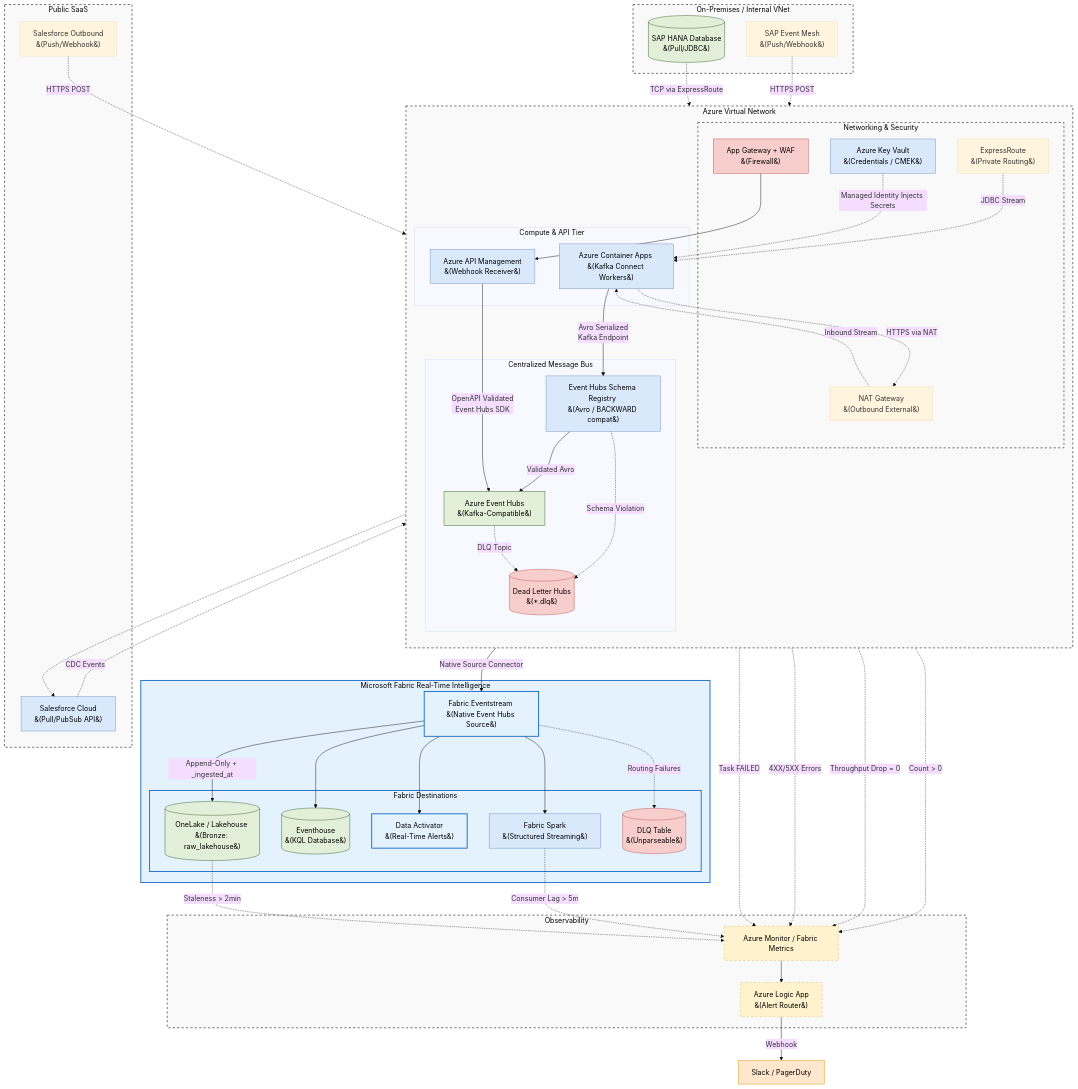
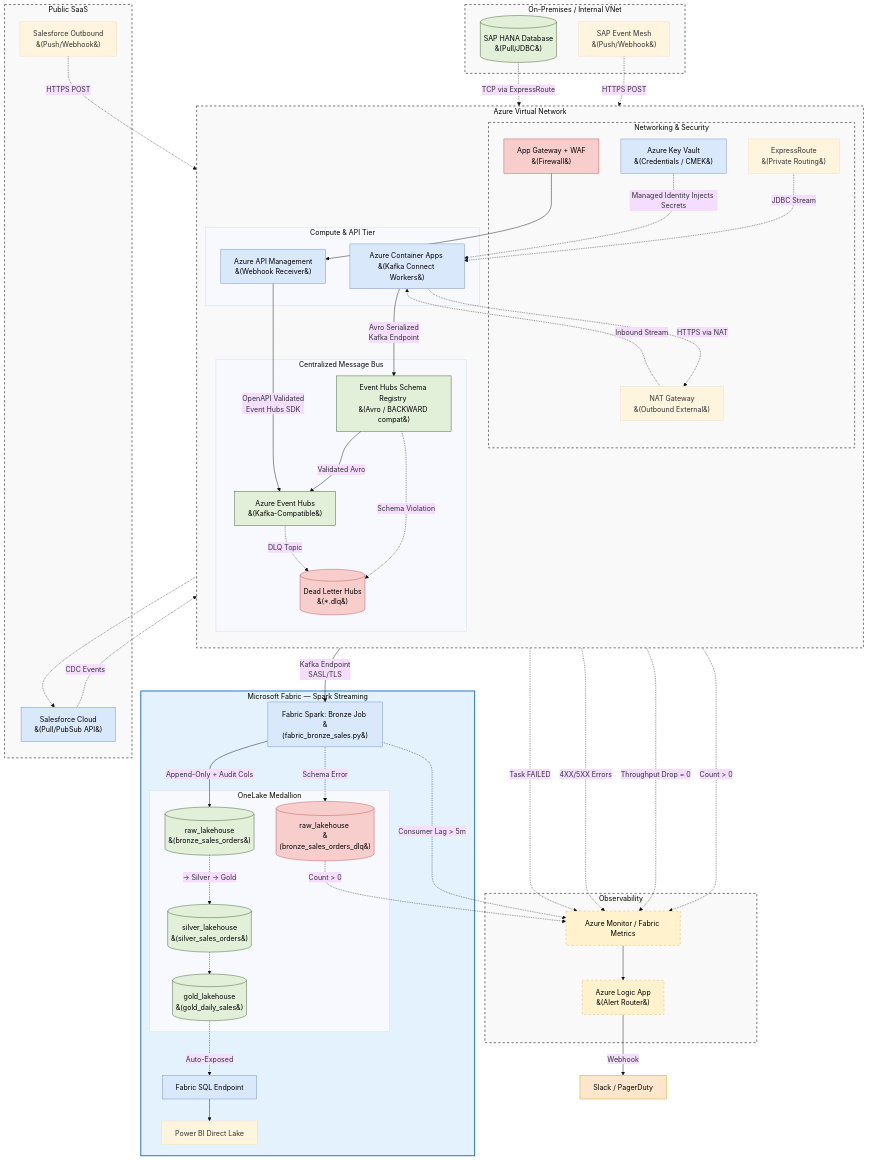
The diagram in azure/fabric_unified_realtime_ingestion_architecture.md (toanbui626391/data_architect), drawn with Mermaid (base theme) before and after one commit. The commit also changed other lines of this file and 1 other file, not shown here.

````diff
--- a/azure/fabric_unified_realtime_ingestion_architecture.md
+++ b/azure/fabric_unified_realtime_ingestion_architecture.md
@@ -60,17 +59,19 @@
         end
     end
 
-    %% Microsoft Fabric
-    subgraph Fabric [Microsoft Fabric Real-Time Intelligence]
-        Eventstream["Fabric Eventstream <br>&#40;Native Event Hubs Source&#41;"]
+    %% Microsoft Fabric — Spark Streaming Only
+    subgraph Fabric [Microsoft Fabric — Spark Streaming]
+        BronzeJob["Fabric Spark: Bronze Job <br>&#40;fabric_bronze_sales.py&#41;"]
 
-        subgraph Destinations [Fabric Destinations]
-            Eventhouse[("Eventhouse <br>&#40;KQL Database&#41;")]
-            Lakehouse[("OneLake / Lakehouse <br>&#40;Bronze: raw_lakehouse&#41;")]
-            DataActivator["Data Activator <br>&#40;Real-Time Alerts&#41;"]
-            FabricSpark["Fabric Spark <br>&#40;Structured Streaming&#41;"]
-            DLQTable[("DLQ Table <br>&#40;Unparseable&#41;")]
+        subgraph OneLake [OneLake Medallion]
+            Bronze[("raw_lakehouse <br>&#40;bronze_sales_orders&#41;")]
+            BronzeDLQ[("raw_lakehouse <br>&#40;bronze_sales_orders_dlq&#41;")]
+            Silver[("silver_lakehouse <br>&#40;silver_sales_orders&#41;")]
+            Gold[("gold_lakehouse <br>&#40;gold_daily_sales&#41;")]
         end
+
+        SQLEndpoint["Fabric SQL Endpoint"]
+        PowerBI["Power BI Direct Lake"]
     end
 
     %% Observability
@@ -81,7 +82,7 @@
 
     Notification["Slack / PagerDuty"]
 
-    %% Pull Flow: ACA → Event Hubs
+    %% Pull Flow: ACA → Schema Registry → Event Hubs
     SAPHana -.->|TCP via ExpressRoute| ExpressRoute
     ExpressRoute -.->|JDBC Stream| ACA
     ACA -.->|HTTPS via NAT| NATGW
@@ -90,7 +91,6 @@
     NATGW -.->|Inbound Stream| ACA
     KeyVault -.->|Managed Identity Injects Secrets| ACA
 
-    %% ACA → Schema Registry → Event Hubs
     ACA -->|Avro Serialized <br>Kafka Endpoint| SchemaRegistry
     SchemaRegistry -->|Validated Avro| EventHubs
     SchemaRegistry -.->|Schema Violation| DLQHub
@@ -100,25 +100,26 @@
     SFDCOutbound -.->|HTTPS POST| AppGateway
     AppGateway --> APIM
     APIM -->|OpenAPI Validated <br>Event Hubs SDK| EventHubs
-
-    %% Event Hubs → Fabric Eventstream (native connector)
-    EventHubs -->|Native Source Connector| Eventstream
     EventHubs -.->|DLQ Topic| DLQHub
 
-    %% Routing inside Fabric
-    Eventstream -->|Append-Only + _ingested_at| Lakehouse
-    Eventstream --> Eventhouse
-    Eventstream --> DataActivator
-    Eventstream --> FabricSpark
-    Eventstream -.->|Routing Failures| DLQTable
+    %% Fabric Spark reads directly from Event Hubs Kafka endpoint
+    EventHubs -->|Kafka Endpoint <br>SASL/TLS| BronzeJob
+    BronzeJob -->|Append-Only + Audit Cols| Bronze
+    BronzeJob -.->|Schema Error| BronzeDLQ
+
+    %% Downstream Medallion (see realtime_lakehouse_architecture.md)
+    Bronze -.->|→ Silver → Gold| Silver
+    Silver -.-> Gold
+    Gold -.->|Auto-Exposed| SQLEndpoint
+    SQLEndpoint --> PowerBI
 
     %% Monitoring
     ACA -.->|Task FAILED| AzureMonitor
     APIM -.->|4XX/5XX Errors| AzureMonitor
     EventHubs -.->|Throughput Drop = 0| AzureMonitor
-    FabricSpark -.->|Consumer Lag > 5m| AzureMonitor
+    BronzeJob -.->|Consumer Lag > 5m| AzureMonitor
     DLQHub -.->|Count > 0| AzureMonitor
-    Lakehouse -.->|Staleness > 2min| AzureMonitor
+    BronzeDLQ -.->|Count > 0| AzureMonitor
 
     AzureMonitor --> LogicApp
     LogicApp -->|Webhook| Notification
@@ -126,19 +127,19 @@
     %% Styling
     classDef storage fill:#e2f0d9,stroke:#385723,stroke-width:1px,color:#000;
     classDef process fill:#dae8fc,stroke:#6c8ebf,stroke-width:1px,color:#000;
+    classDef bad fill:#f8cecc,stroke:#b85450,stroke-width:1px,color:#000;
     classDef monitor fill:#fff2cc,stroke:#d6b656,stroke-width:1px,color:#000,stroke-dasharray: 5 5;
     classDef network fill:#f9f9f9,stroke:#666,stroke-width:2px,color:#000,stroke-dasharray: 5 5;
     classDef edge fill:#f8cecc,stroke:#b85450,stroke-width:1px,color:#000;
     classDef alert fill:#ffe6cc,stroke:#d79b00,stroke-width:1px,color:#000;
     classDef fabric fill:#e3f2fd,stroke:#1565c0,stroke-width:2px,color:#000;
-    classDef bad fill:#f8cecc,stroke:#b85450,stroke-width:1px,color:#000;
 
-    class SAPHana,Eventhouse,Lakehouse,EventHubs storage;
-    class Salesforce,ACA,APIM,KeyVault,FabricSpark,SchemaRegistry process;
-    class DLQHub,DLQTable bad;
+    class SAPHana,EventHubs,Bronze,Silver,Gold,SchemaRegistry storage;
+    class Salesforce,ACA,APIM,KeyVault,BronzeJob,SQLEndpoint process;
+    class DLQHub,BronzeDLQ bad;
     class AppGateway edge;
     class AzureMonitor,LogicApp monitor;
     class AzureVNet,InternalEnv,SaaSEnv,Networking,ControlPlane network;
     class Notification alert;
-    class Eventstream,Fabric,Destinations,DataActivator fabric;
+    class Fabric fabric;
 ```
````
